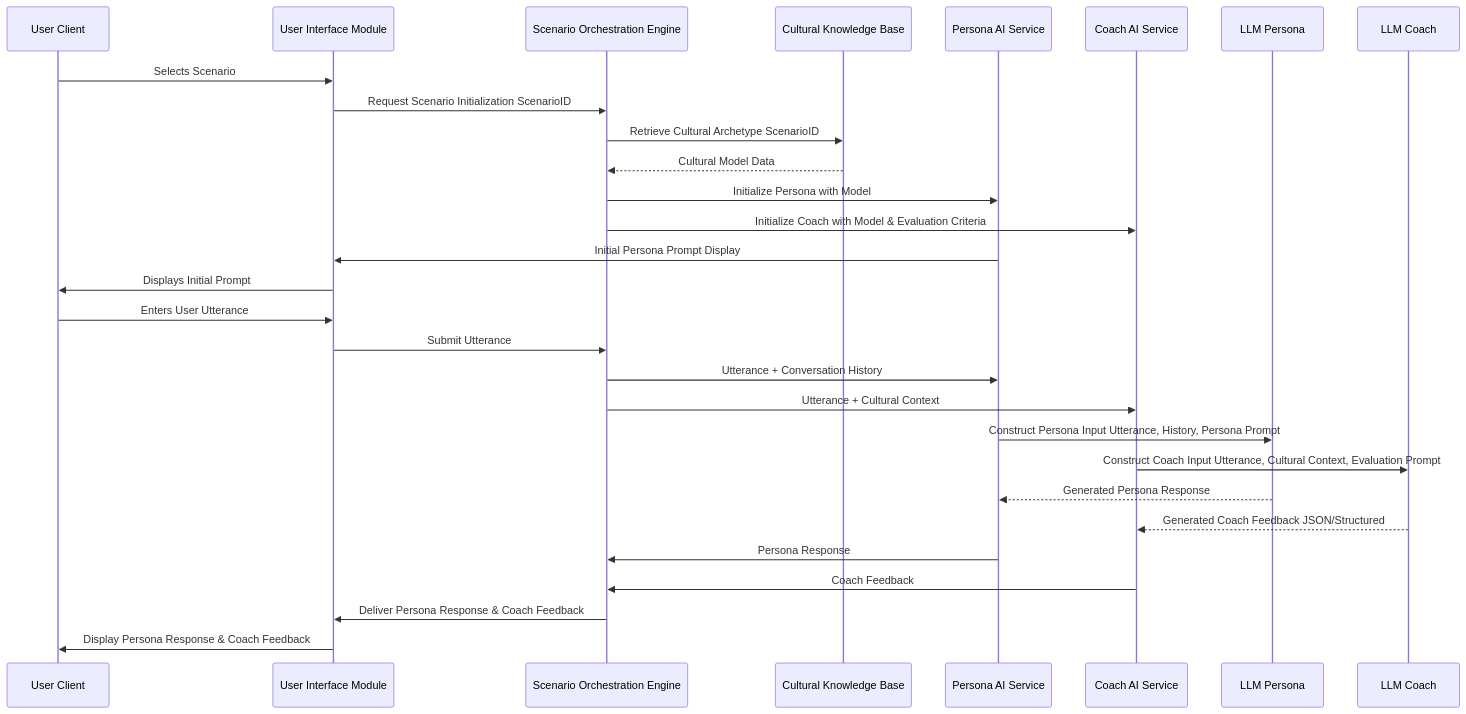
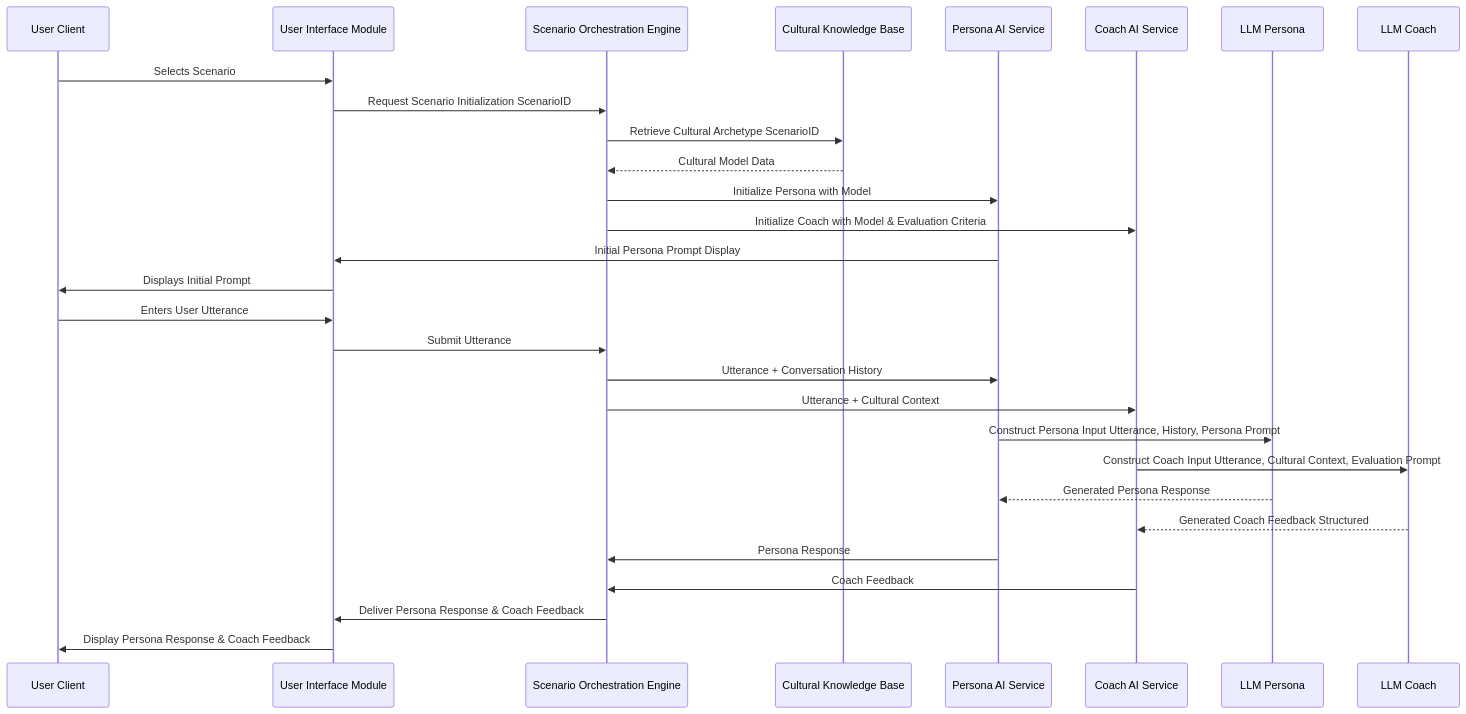
One commit to diplomat-bit/Citibank_Demo_Business_Inc_Demonstration- changed the second of 5 diagrams in inventions/019_cultural_communication_simulation.md. Above: the diagram before and after it, drawn with Mermaid. The commit also changed other lines of this file, not shown here.

````diff
--- a/inventions/019_cultural_communication_simulation.md
+++ b/inventions/019_cultural_communication_simulation.md
@@ -56,32 +58,32 @@
 ```mermaid
 sequenceDiagram
     participant User as User Client
     participant UI as User Interface Module
     participant SOE as Scenario Orchestration Engine
     participant CKB as Cultural Knowledge Base
     participant PAS as Persona AI Service
     participant CAS as Coach AI Service
     participant LLM_P as LLM Persona
     participant LLM_C as LLM Coach
 
     User->>UI: Selects Scenario
     UI->>SOE: Request Scenario Initialization ScenarioID
     SOE->>CKB: Retrieve Cultural Archetype ScenarioID
     CKB-->>SOE: Cultural Model Data
     SOE->>PAS: Initialize Persona with Model
     SOE->>CAS: Initialize Coach with Model & Evaluation Criteria
     PAS->>UI: Initial Persona Prompt Display
     UI->>User: Displays Initial Prompt
     User->>UI: Enters User Utterance
     UI->>SOE: Submit Utterance
     SOE->>PAS: Utterance + Conversation History
     SOE->>CAS: Utterance + Cultural Context
     PAS->>LLM_P: Construct Persona Input Utterance, History, Persona Prompt
     CAS->>LLM_C: Construct Coach Input Utterance, Cultural Context, Evaluation Prompt
     LLM_P-->>PAS: Generated Persona Response
-    LLM_C-->>CAS: Generated Coach Feedback JSON/Structured
+    LLM_C-->>CAS: Generated Coach Feedback Structured
     PAS->>SOE: Persona Response
     CAS->>SOE: Coach Feedback
     SOE->>UI: Deliver Persona Response & Coach Feedback
     UI->>User: Display Persona Response & Coach Feedback
 ```
````
